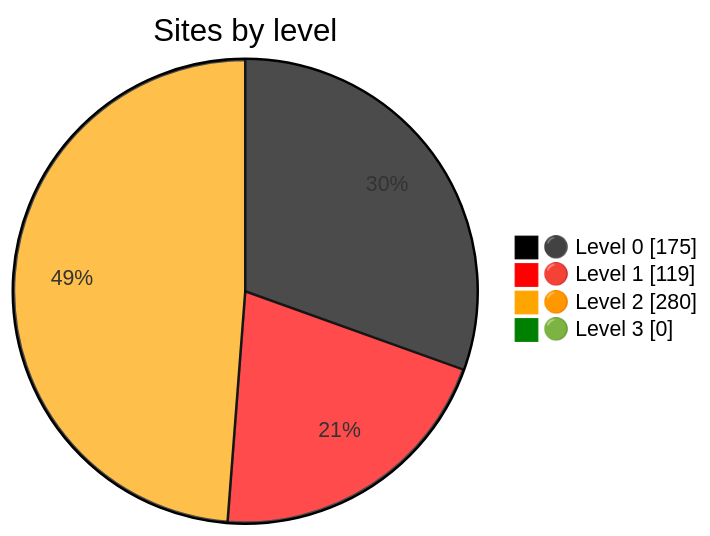
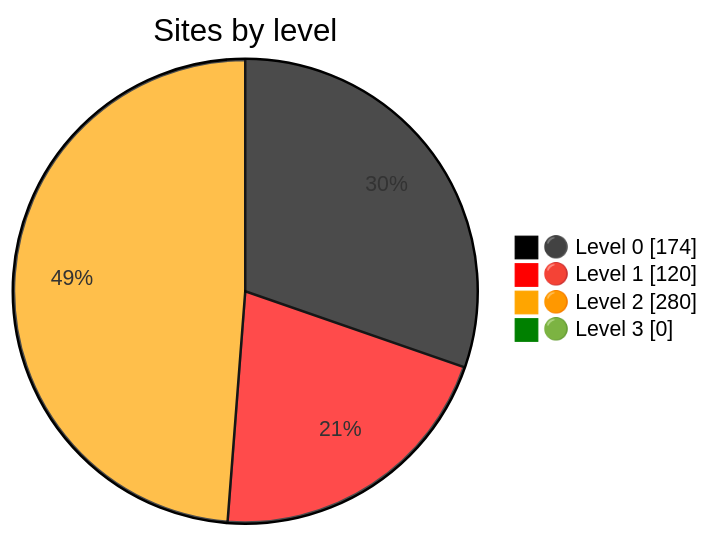
One commit to Dushmilan/gov_lk_web_auditor changed the diagram in README.md. Above: the diagram before and after it, drawn with Mermaid. The commit also changed other lines of this file and 2584 other files, not shown here.

````diff
--- a/README.md
+++ b/README.md
@@ -24,9 +24,9 @@
 ```mermaid
 %%{init: {"themeVariables":{"pie1":"black","pie2":"red","pie3":"orange","pie4":"green"}}}%%
 pie showData
     title Sites by level
-    "⚫ Level 0" : 175
-    "🔴 Level 1" : 119
+    "⚫ Level 0" : 174
+    "🔴 Level 1" : 120
     "🟠 Level 2" : 280
     "🟢 Level 3" : 0
 ```
````
